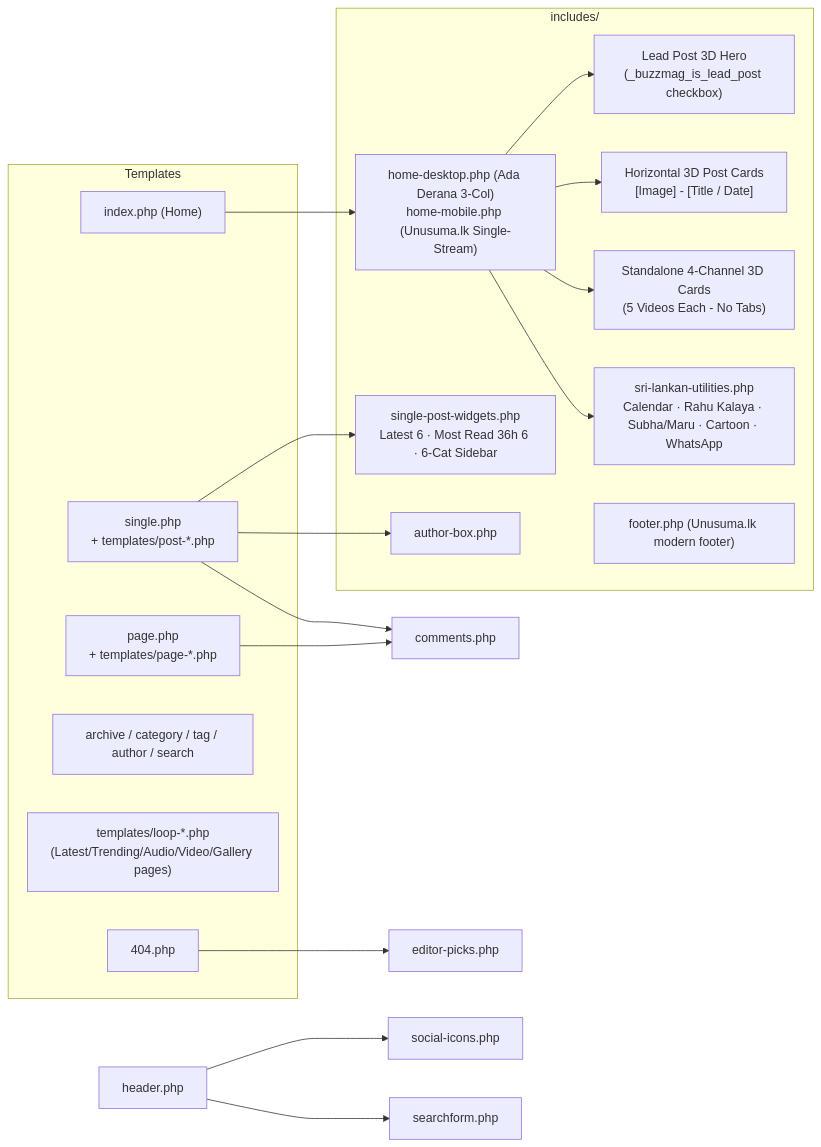
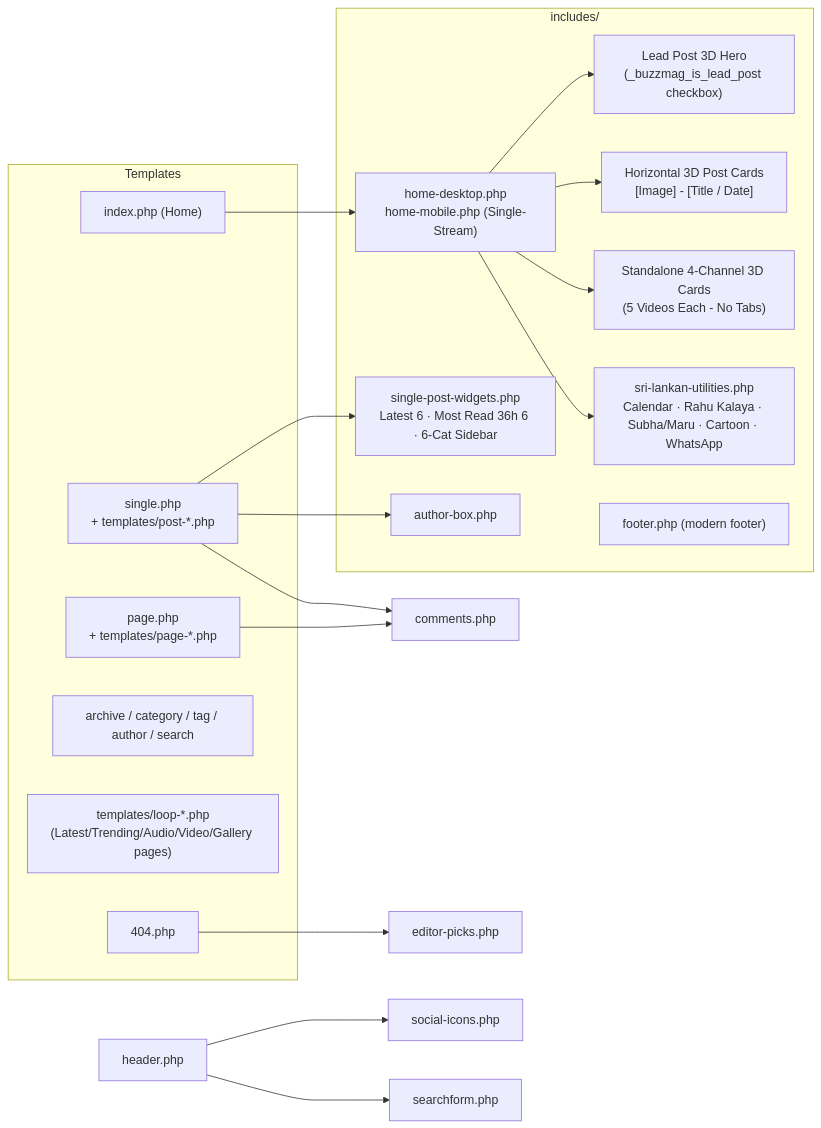
Before and after one commit to JayawardhanaJTH/buzzmag: the second of 9 diagrams in COMPONENT_MAP.md, drawn with Mermaid. The commit also changed 15 other files, not shown here.

````diff
--- a/COMPONENT_MAP.md
+++ b/COMPONENT_MAP.md
@@ -66,35 +66,35 @@
 ```mermaid
 flowchart LR
     subgraph Templates
         IDX["index.php (Home)"]
         SGL["single.php<br/>+ templates/post-*.php"]
         PG["page.php<br/>+ templates/page-*.php"]
         ARC["archive / category / tag / author / search"]
         LP["templates/loop-*.php<br/>(Latest/Trending/Audio/Video/Gallery pages)"]
         E404["404.php"]
     end
 
     subgraph Parts["includes/"]
-        FEAT["home-desktop.php (Ada Derana 3-Col)<br/>home-mobile.php (Unusuma.lk Single-Stream)"]
+        FEAT["home-desktop.php<br/>home-mobile.php (Single-Stream)"]
         LEAD["Lead Post 3D Hero<br/>(_buzzmag_is_lead_post checkbox)"]
         CARD["Horizontal 3D Post Cards<br/>[Image] - [Title / Date]"]
         CHANNELS["Standalone 4-Channel 3D Cards<br/>(5 Videos Each - No Tabs)"]
         UTIL["sri-lankan-utilities.php<br/>Calendar · Rahu Kalaya · Subha/Maru · Cartoon · WhatsApp"]
         SINGW["single-post-widgets.php<br/>Latest 6 · Most Read 36h 6 · 6-Cat Sidebar"]
         AUTH["author-box.php"]
-        FOOT["footer.php (Unusuma.lk modern footer)"]
+        FOOT["footer.php (modern footer)"]
     end
 
     IDX --> FEAT
     FEAT --> LEAD
     FEAT --> CARD
     FEAT --> CHANNELS
     FEAT --> UTIL
     SGL --> SINGW
     SGL --> AUTH
     SGL --> CMT["comments.php"]
     PG --> CMT
     E404 --> PICK["editor-picks.php"]
     HDR["header.php"] --> SOC["social-icons.php"]
     HDR --> SF["searchform.php"]
 ```
````
